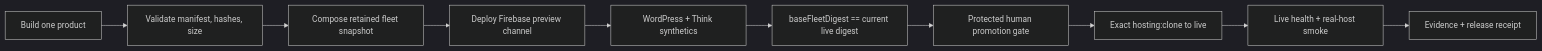
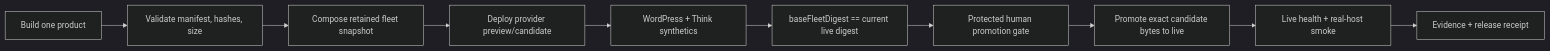
Before and after one commit to efeoncepro/greenhouse-eo: the second of 2 diagrams in docs/architecture/GREENHOUSE_EFEONCE_EMBED_RUNTIME_ARCHITECTURE_V1.md, drawn with Mermaid (dark theme). The commit also changed other lines of this file and 16 other files, not shown here.

Commit message:
docs(architecture): harden embed runtime delivery plan

````diff
--- a/docs/architecture/GREENHOUSE_EFEONCE_EMBED_RUNTIME_ARCHITECTURE_V1.md
+++ b/docs/architecture/GREENHOUSE_EFEONCE_EMBED_RUNTIME_ARCHITECTURE_V1.md
@@ -211,12 +211,12 @@
 ```mermaid
 flowchart LR
   A["Build one product"] --> B["Validate manifest, hashes, size"]
   B --> C["Compose retained fleet snapshot"]
-  C --> D["Deploy Firebase preview channel"]
+  C --> D["Deploy provider preview/candidate"]
   D --> E["WordPress + Think synthetics"]
   E --> F["baseFleetDigest == current live digest"]
   F --> G["Protected human promotion gate"]
-  G --> H["Exact hosting:clone to live"]
+  G --> H["Promote exact candidate bytes to live"]
   H --> I["Live health + real-host smoke"]
   I --> J["Evidence + release receipt"]
 ```
````
